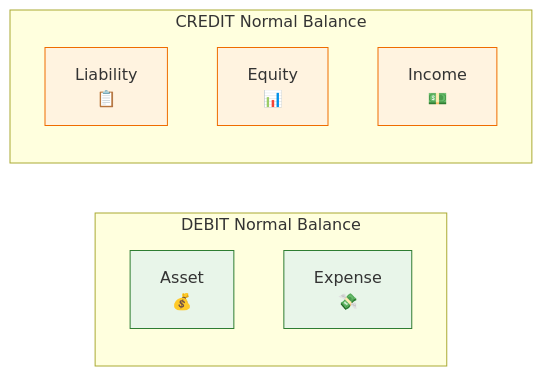
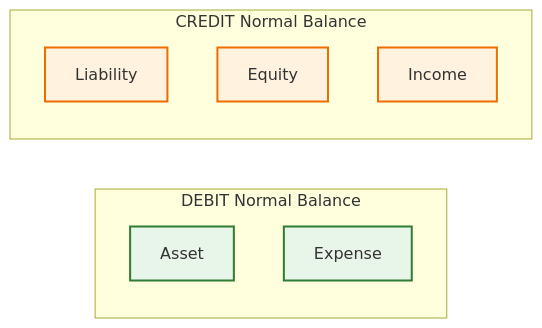
The third of 4 diagrams in README.md (0DhruvHere0/DualEntry), drawn with Mermaid before and after one commit.

````diff
--- a/README.md
+++ b/README.md
@@ -221,19 +221,19 @@
 ```mermaid
 graph LR
     subgraph "DEBIT Normal Balance"
-        ASSET[Asset<br/>💰]
-        EXPENSE[Expense<br/>💸]
+        ASSET["Asset<br/>"]
+        EXPENSE["Expense<br/>"]
     end
     
     subgraph "CREDIT Normal Balance"
-        LIABILITY[Liability<br/>📋]
-        EQUITY[Equity<br/>📊]
-        INCOME[Income<br/>💵]
+        LIABILITY["Liability<br/>"]
+        EQUITY["Equity<br/>"]
+        INCOME["Income<br/>"]
     end
     
-    style ASSET fill:#e8f5e9,stroke:#2e7d32
-    style EXPENSE fill:#e8f5e9,stroke:#2e7d32
-    style LIABILITY fill:#fff3e0,stroke:#ef6c00
-    style EQUITY fill:#fff3e0,stroke:#ef6c00
-    style INCOME fill:#fff3e0,stroke:#ef6c00
+    style ASSET fill:#E8F5E9,stroke:#2E7D32,stroke-width:2px
+    style EXPENSE fill:#E8F5E9,stroke:#2E7D32,stroke-width:2px
+    style LIABILITY fill:#FFF3E0,stroke:#EF6C00,stroke-width:2px
+    style EQUITY fill:#FFF3E0,stroke:#EF6C00,stroke-width:2px
+    style INCOME fill:#FFF3E0,stroke:#EF6C00,stroke-width:2px
 ```
````
